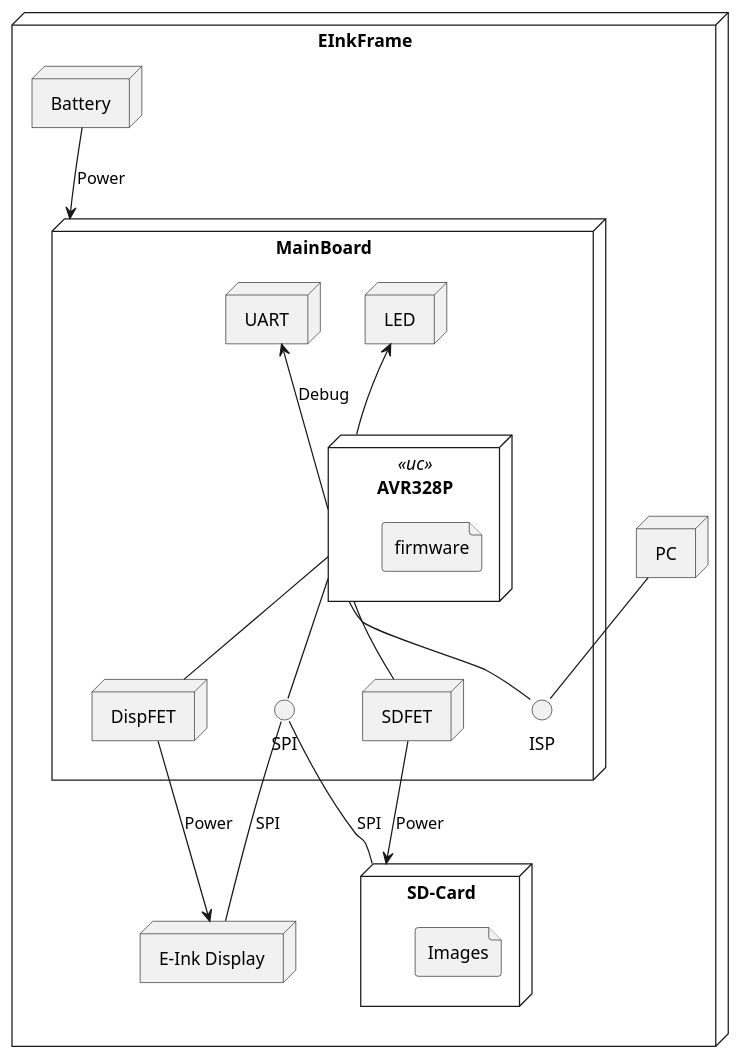
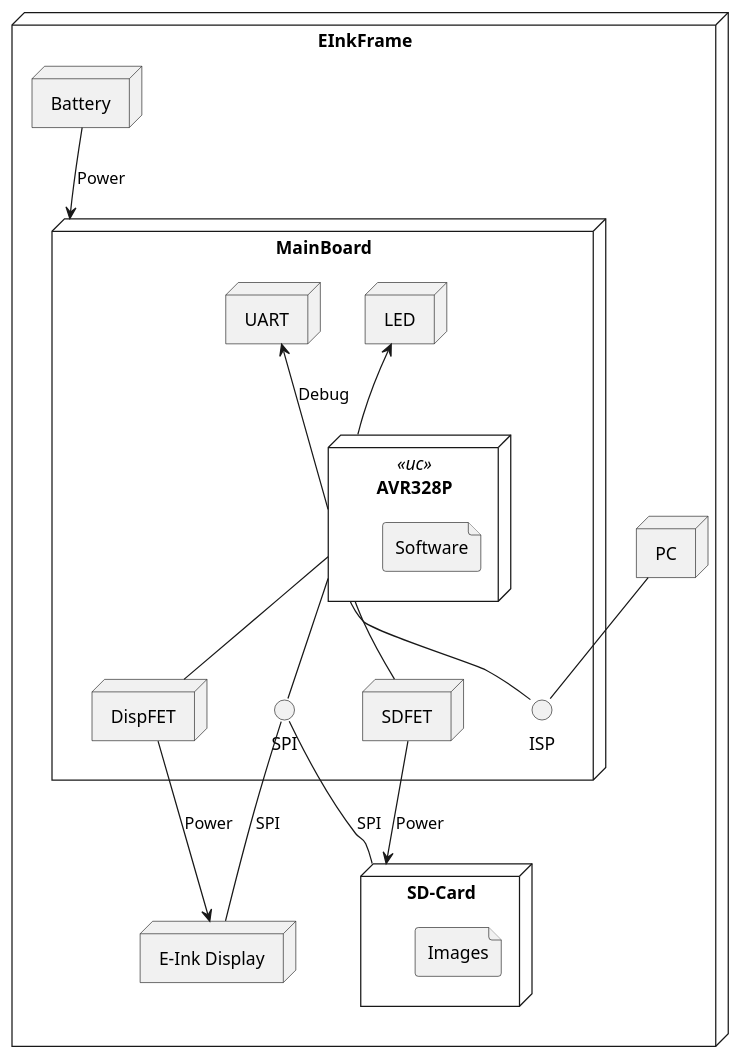
One commit to nhjschulz/EInkPicFrame changed the diagram in design/plantuml/SwContext.plantuml. Above: the diagram before and after it, drawn with PlantUML. The commit also changed 3 other files, not shown here.

Commit message:
Doc: Added state maschine to architecture

```diff
--- a/design/plantuml/SwContext.plantuml
+++ b/design/plantuml/SwContext.plantuml
@@ -1,48 +1,48 @@
 @startuml Cotext
 
 node EInkFrame {
     node "E-Ink Display" as DISPLAY {
 
     }
 
     node MainBoard as BOARD {
         node AVR328P  as UC  << uc >>{
-            file firmware
+            file Software
         }
 
         node LED as LED
 
         node UART as RS232
 
         node DispFET as DispFet
         node SDFET as SDFet
 
         interface SPI as SPI
 
         Interface ISP as ISP
     }
 
     node SD-Card as SDCARD {
         file Images
     }
 
     node Battery as BAT {
 
     }
 
     node PC as PC
 
     BAT --> BOARD : Power
     UC -- SPI
     SPI -- SDCARD : SPI
     SPI -- DISPLAY : SPI
     UC -- DispFet
     UC -- SDFet
     UC -up-> RS232 : Debug
     UC -up-> LED
     DispFet --> DISPLAY : Power
     SDFet --> SDCARD : Power
     UC -- ISP
     PC -- ISP
 }
 @enduml
```
